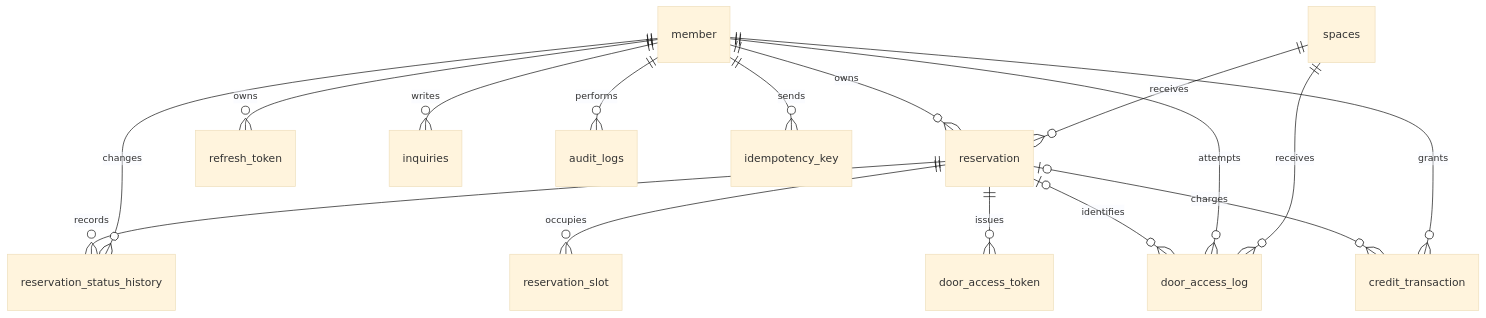
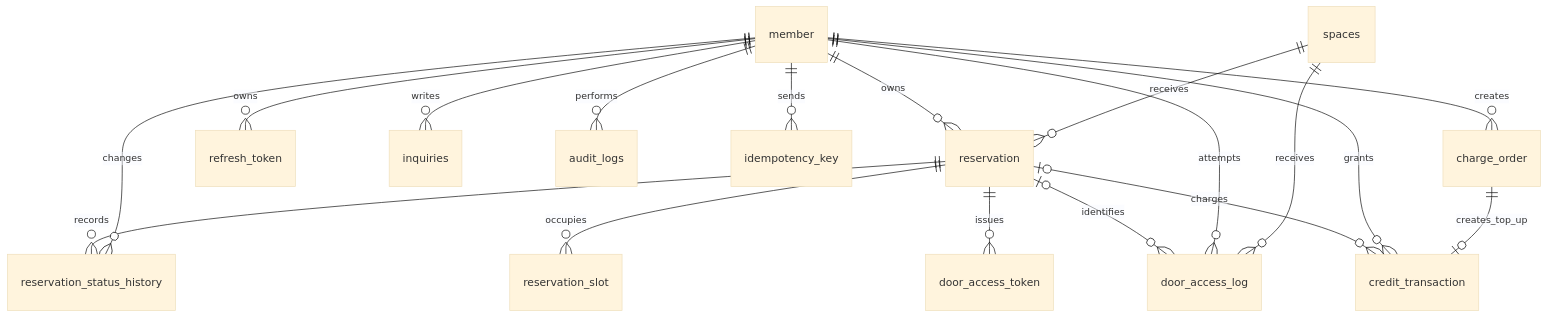
The second of 4 diagrams in README.md (Lemnoideae/NBE12-14-2-OVENGERS), drawn with Mermaid (base theme) before and after one commit. The commit also changed other lines of this file, not shown here.

Commit message:
docs(readme): reflect PG credit charging (#301)

````diff
--- a/README.md
+++ b/README.md
@@ -172,20 +185,22 @@
 ```mermaid
 erDiagram
     member ||--o{ reservation : owns
     member ||--o{ refresh_token : owns
     member ||--o{ inquiries : writes
     spaces ||--o{ reservation : receives
 
     reservation ||--o{ reservation_status_history : records
     reservation ||--o{ reservation_slot : occupies
     reservation ||--o{ door_access_token : issues
     reservation o|--o{ door_access_log : identifies
     reservation o|--o{ credit_transaction : charges
 
     member ||--o{ reservation_status_history : changes
     member ||--o{ door_access_log : attempts
     member ||--o{ credit_transaction : grants
     spaces ||--o{ door_access_log : receives
     member ||--o{ audit_logs : performs
     member ||--o{ idempotency_key : sends
+    member ||--o{ charge_order : creates
+    charge_order ||--o| credit_transaction : creates_top_up
 ```
````
